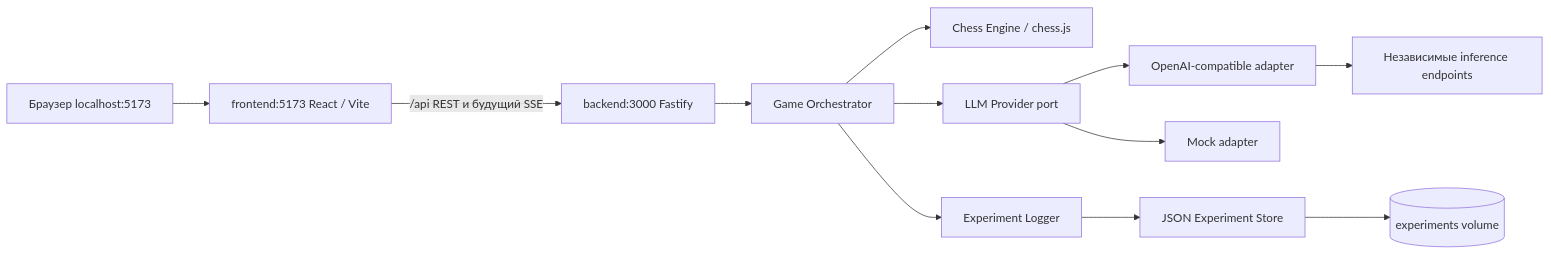
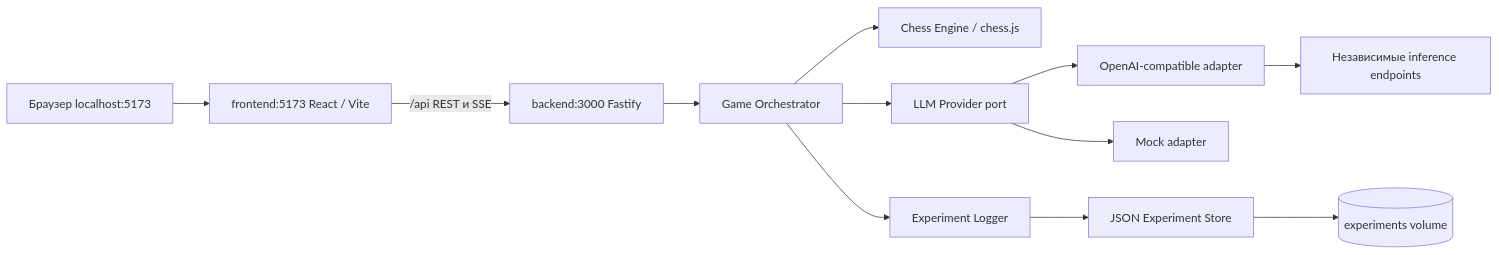
One commit to Astrazione/llm-chess-arena changed the diagram in docs/architecture.md. Above: the diagram before and after it, drawn with Mermaid. The commit also changed other lines of this file and 54 other files, not shown here.

````diff
--- a/docs/architecture.md
+++ b/docs/architecture.md
@@ -7,14 +7,14 @@
 ```mermaid
 flowchart LR
     Browser[Браузер localhost:5173] --> Vite[frontend:5173 React / Vite]
-    Vite -->|/api REST и будущий SSE| API[backend:3000 Fastify]
+    Vite -->|/api REST и SSE| API[backend:3000 Fastify]
     API --> Orchestrator[Game Orchestrator]
     Orchestrator --> Chess[Chess Engine / chess.js]
     Orchestrator --> Provider[LLM Provider port]
     Provider --> Compatible[OpenAI-compatible adapter]
     Provider --> Mock[Mock adapter]
     Compatible --> Endpoints[Независимые inference endpoints]
     Orchestrator --> Logger[Experiment Logger]
     Logger --> Store[JSON Experiment Store]
     Store --> Volume[(experiments volume)]
 ```
````
